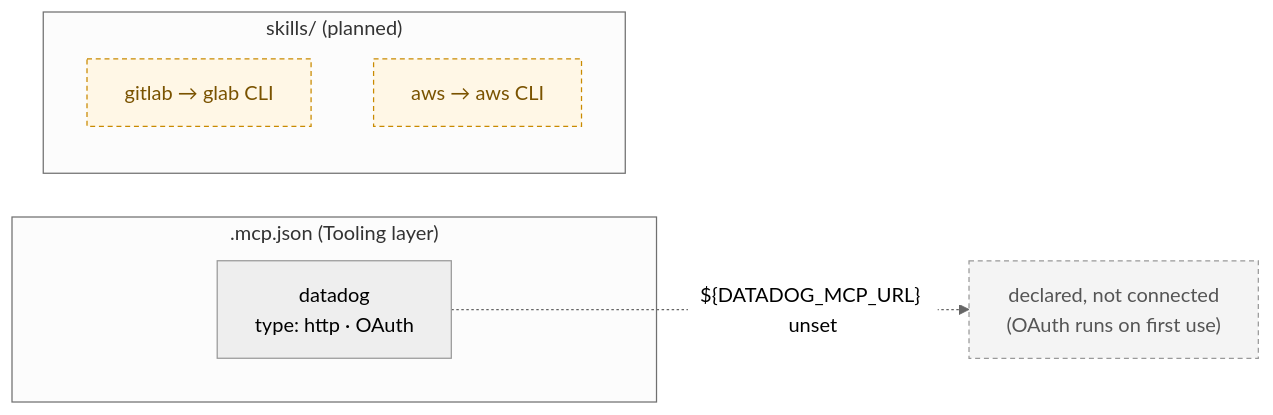
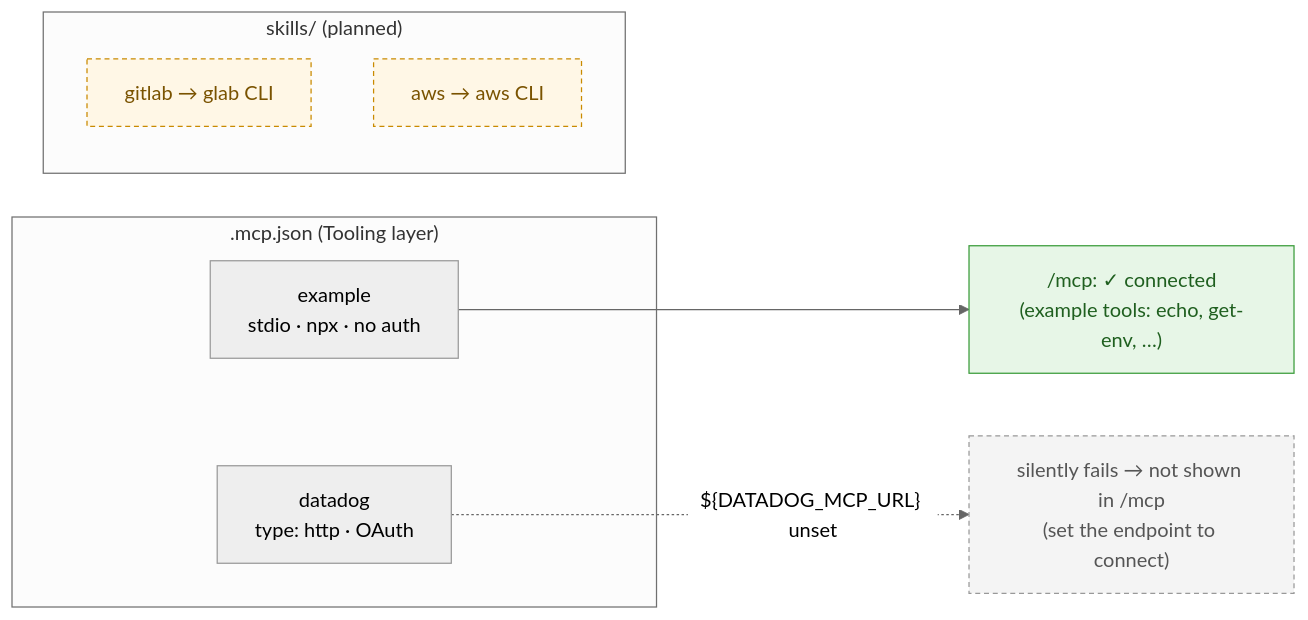
Before and after one commit to jrobic/cc-harness-setup-example: the fifth of 6 diagrams in docs/how-it-works.md, drawn with Mermaid (neutral theme). The commit also changed other lines of this file and 5 other files, not shown here.

First line of the commit message:
docs: document example MCP server, AskUserQuestion confirm, /mcp demo step

````diff
--- a/docs/how-it-works.md
+++ b/docs/how-it-works.md
@@ -148,17 +148,21 @@
 ```mermaid
 flowchart LR
     subgraph PLUG[".mcp.json (Tooling layer)"]
+        E["example<br/>stdio · npx · no auth"]
         D["datadog<br/>type: http · OAuth"]
     end
     subgraph SKILLS["skills/ (planned)"]
         G["gitlab → glab CLI"]
         A["aws → aws CLI"]
     end
 
-    D -. "${DATADOG_MCP_URL} unset" .-> DE["declared, not connected<br/>(OAuth runs on first use)"]
+    E --> EC["/mcp: ✓ connected<br/>(example tools: echo, get-env, …)"]
+    D -. "${DATADOG_MCP_URL} unset" .-> DE["silently fails → not shown in /mcp<br/>(set the endpoint to connect)"]
 
+    classDef ok fill:#e7f6e7,stroke:#3a9b3a,color:#1f5f1f;
     classDef skel fill:#f4f4f4,stroke:#999,color:#555,stroke-dasharray: 4 3;
     classDef plan fill:#fff7e6,stroke:#c98a00,color:#7a5300,stroke-dasharray: 4 3;
+    class EC ok
     class DE skel
     class G,A plan
 ```
````
